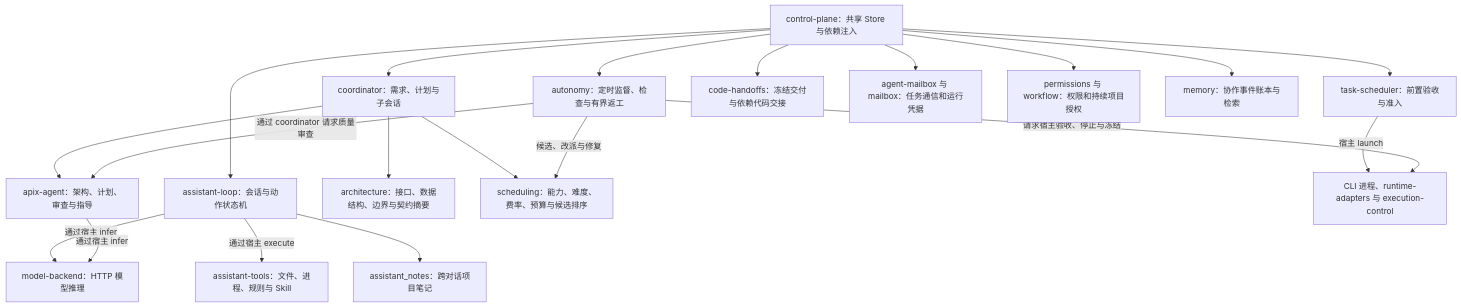
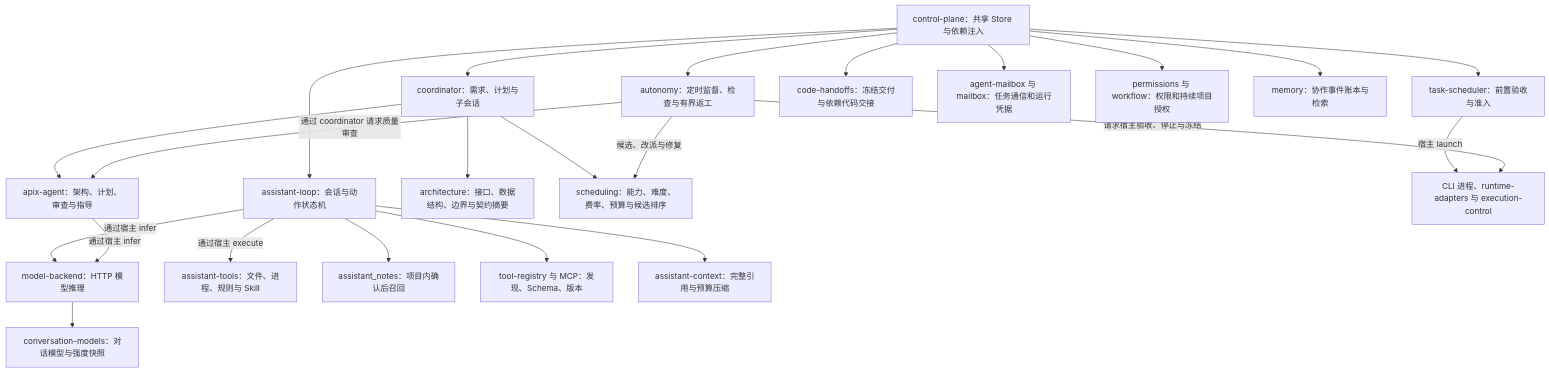
One commit to Makimasdog/ApiX-Control-Center changed the second of 4 diagrams in docs/ApiX当前架构与主循环.md. Above: the diagram before and after it, drawn with Mermaid. The commit also changed other lines of this file and 12 other files, not shown here.

````diff
--- a/docs/ApiX当前架构与主循环.md
+++ b/docs/ApiX当前架构与主循环.md
@@ -34,22 +35,25 @@
 ```mermaid
 flowchart TB
     HOST[control-plane：共享 Store 与依赖注入] --> LOOP[assistant-loop：会话与动作状态机]
     HOST --> COORD[coordinator：需求、计划与子会话]
     LOOP -->|通过宿主 infer| MODEL[model-backend：HTTP 模型推理]
     LOOP -->|通过宿主 execute| TOOLS[assistant-tools：文件、进程、规则与 Skill]
-    LOOP --> NOTES[assistant_notes：跨对话项目笔记]
+    LOOP --> NOTES[assistant_notes：项目内确认后召回]
+    LOOP --> REG[tool-registry 与 MCP：发现、Schema、版本]
+    LOOP --> CTX[assistant-context：完整引用与预算压缩]
+    MODEL --> CFG[conversation-models：对话模型与强度快照]
     COORD --> AGENT[apix-agent：架构、计划、审查与指导]
     AGENT -->|通过宿主 infer| MODEL
     COORD --> CONTRACT[architecture：接口、数据结构、边界与契约摘要]
     COORD --> COST[scheduling：能力、难度、费率、预算与候选排序]
     HOST --> DAG[task-scheduler：前置验收与准入]
     DAG -->|宿主 launch| RUN[CLI 进程、runtime-adapters 与 execution-control]
     HOST --> AUTO[autonomy：定时监督、检查与有界返工]
     AUTO -->|候选、改派与修复| COST
     AUTO -->|通过 coordinator 请求质量审查| AGENT
     AUTO -->|请求宿主验收、停止与冻结| RUN
     HOST --> GIT[code-handoffs：冻结交付与依赖代码交接]
     HOST --> MAIL[agent-mailbox 与 mailbox：任务通信和运行凭据]
     HOST --> PERM[permissions 与 workflow：权限和持续项目授权]
     HOST --> MEM[memory：协作事件账本与检索]
 ```
````
